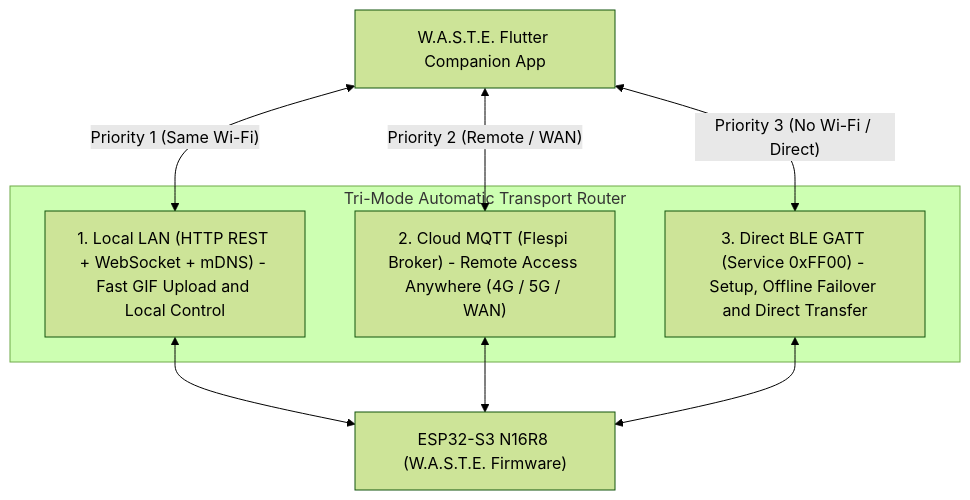
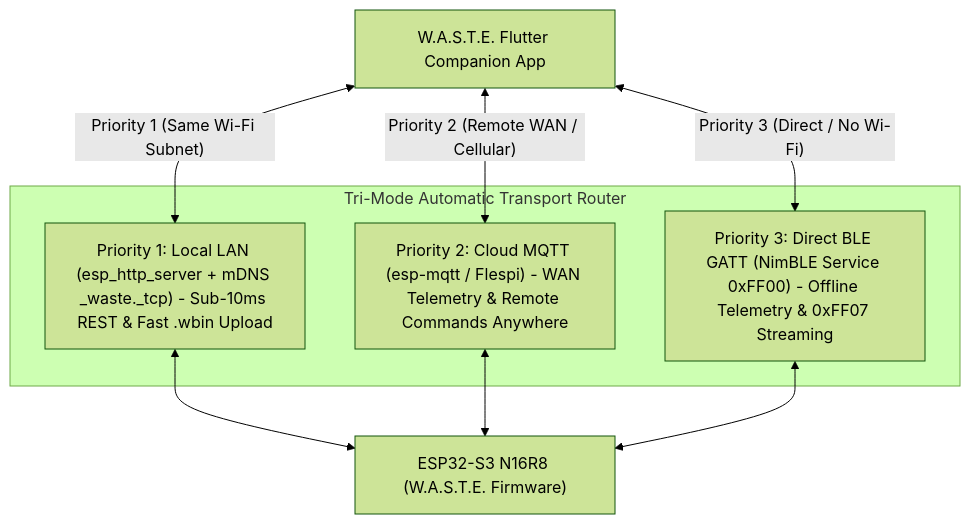
The second of 2 diagrams in docs/03-connectivity-ble-and-mqtt.md (ASCENDINGHeat/waste-trash-bin), drawn with Mermaid (forest theme) before and after one commit. The commit also changed other lines of this file and 32 other files, not shown here.

Commit message:
feat(v2.0.0): implement Smart OLED HUD, Tri-Mode LAN & custom .wbin animation uploads

````diff
--- a/docs/03-connectivity-ble-and-mqtt.md
+++ b/docs/03-connectivity-ble-and-mqtt.md
@@ -166,20 +176,20 @@
 ```mermaid
 flowchart TD
     APP["W.A.S.T.E. Flutter Companion App"]
 
     subgraph Transports["Tri-Mode Automatic Transport Router"]
-        LAN["1. Local LAN (HTTP REST + WebSocket + mDNS) - Fast GIF Upload and Local Control"]
-        MQTT["2. Cloud MQTT (Flespi Broker) - Remote Access Anywhere (4G / 5G / WAN)"]
-        BLE["3. Direct BLE GATT (Service 0xFF00) - Setup, Offline Failover and Direct Transfer"]
+        LAN["Priority 1: Local LAN (esp_http_server + mDNS _waste._tcp) - Sub-10ms REST & Fast .wbin Upload"]
+        MQTT["Priority 2: Cloud MQTT (esp-mqtt / Flespi) - WAN Telemetry & Remote Commands Anywhere"]
+        BLE["Priority 3: Direct BLE GATT (NimBLE Service 0xFF00) - Offline Telemetry & 0xFF07 Streaming"]
     end
 
     MCU["ESP32-S3 N16R8 (W.A.S.T.E. Firmware)"]
 
-    APP <-->|"Priority 1 (Same Wi-Fi)"| LAN
-    APP <-->|"Priority 2 (Remote / WAN)"| MQTT
-    APP <-->|"Priority 3 (No Wi-Fi / Direct)"| BLE
+    APP <-->|"Priority 1 (Same Wi-Fi Subnet)"| LAN
+    APP <-->|"Priority 2 (Remote WAN / Cellular)"| MQTT
+    APP <-->|"Priority 3 (Direct / No Wi-Fi)"| BLE
 
     LAN <--> MCU
     MQTT <--> MCU
     BLE <--> MCU
 ```
````
